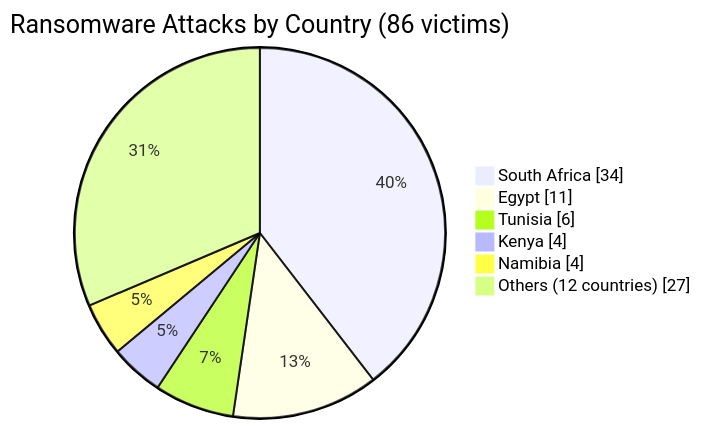
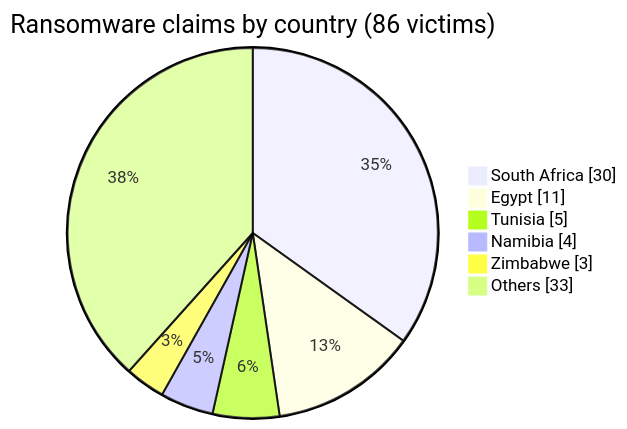
The first of 5 diagrams in CyberAttackAfrica/2024/README.md (Hatchepsoute/AFRINTEL), drawn with Mermaid before and after one commit. The commit also changed other lines of this file and 3 other files, not shown here.

Commit message:
Ransomware Attack landscape in Africa - Year 2024

````diff
--- a/CyberAttackAfrica/2024/README.md
+++ b/CyberAttackAfrica/2024/README.md
@@ -61,10 +97,10 @@
 ```mermaid
 pie showData
-    title Ransomware Attacks by Country (86 victims)
-    "South Africa" : 34
+    title Ransomware claims by country (86 victims)
+    "South Africa" : 30
     "Egypt" : 11
-    "Tunisia" : 6
-    "Kenya" : 4
+    "Tunisia" : 5
     "Namibia" : 4
-    "Others (12 countries)" : 27
+    "Zimbabwe" : 3
+    "Others" : 33
 ```
````
